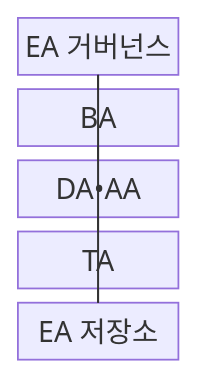
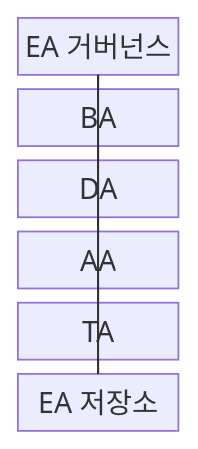
One commit to agnusdei1207/knowledge-base changed the first of 2 diagrams in src/content/docs/notes/03-software/189_enterprise_architecture.md. Above: the diagram before and after it, drawn with Mermaid. The commit also changed other lines of this file and 20 other files, not shown here.

````diff
--- a/src/content/docs/notes/03-software/189_enterprise_architecture.md
+++ b/src/content/docs/notes/03-software/189_enterprise_architecture.md
@@ -67,15 +68,18 @@
 ```mermaid
 block-beta
     columns 1
     A["EA 거버넌스"]
     B["BA"]
-    C["DA•AA"]
-    D["TA"]
-    E["EA 저장소"]
+    C["DA"]
+    D["AA"]
+    E["TA"]
+    F["EA 저장소"]
     A --- B
     A --- C
     A --- D
-    B --- E
-    C --- E
-    D --- E
+    A --- E
+    B --- F
+    C --- F
+    D --- F
+    E --- F
 ```
````
